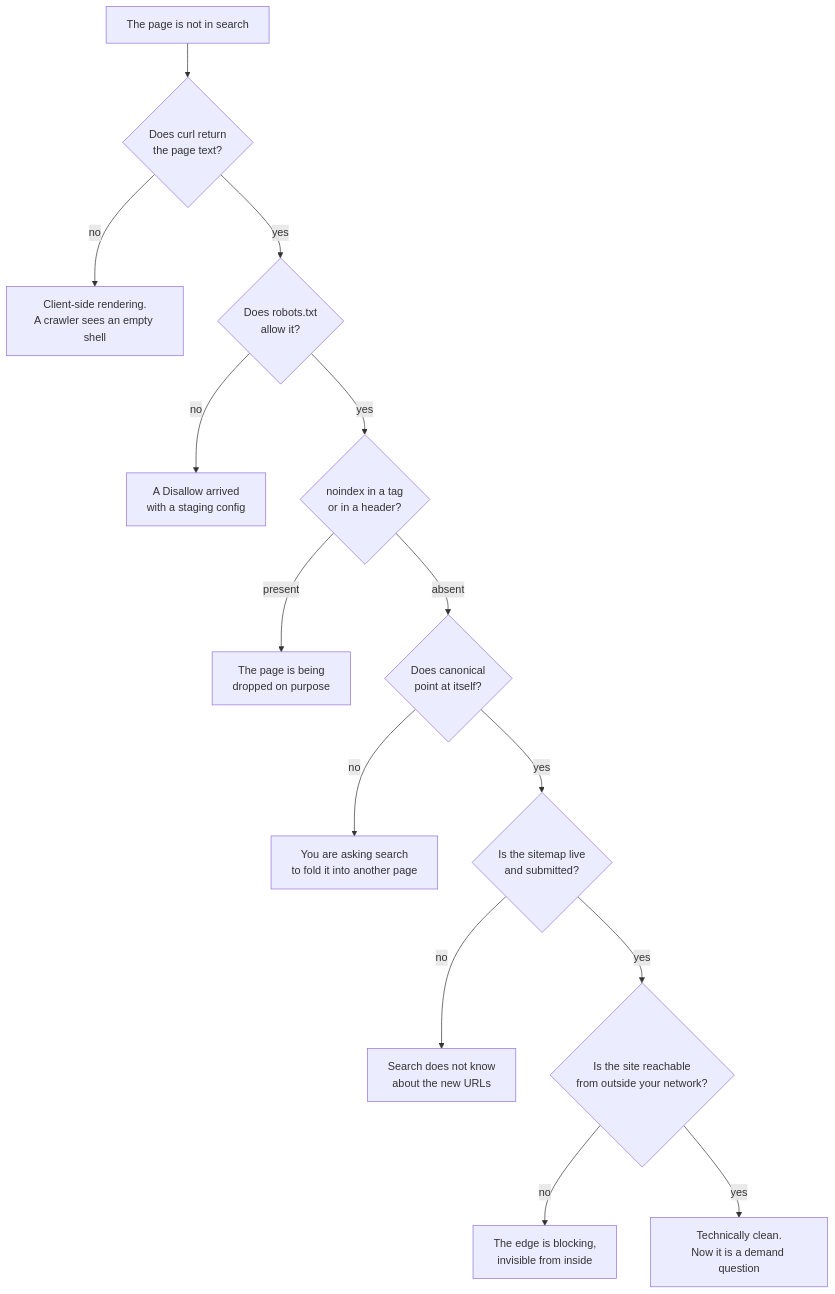
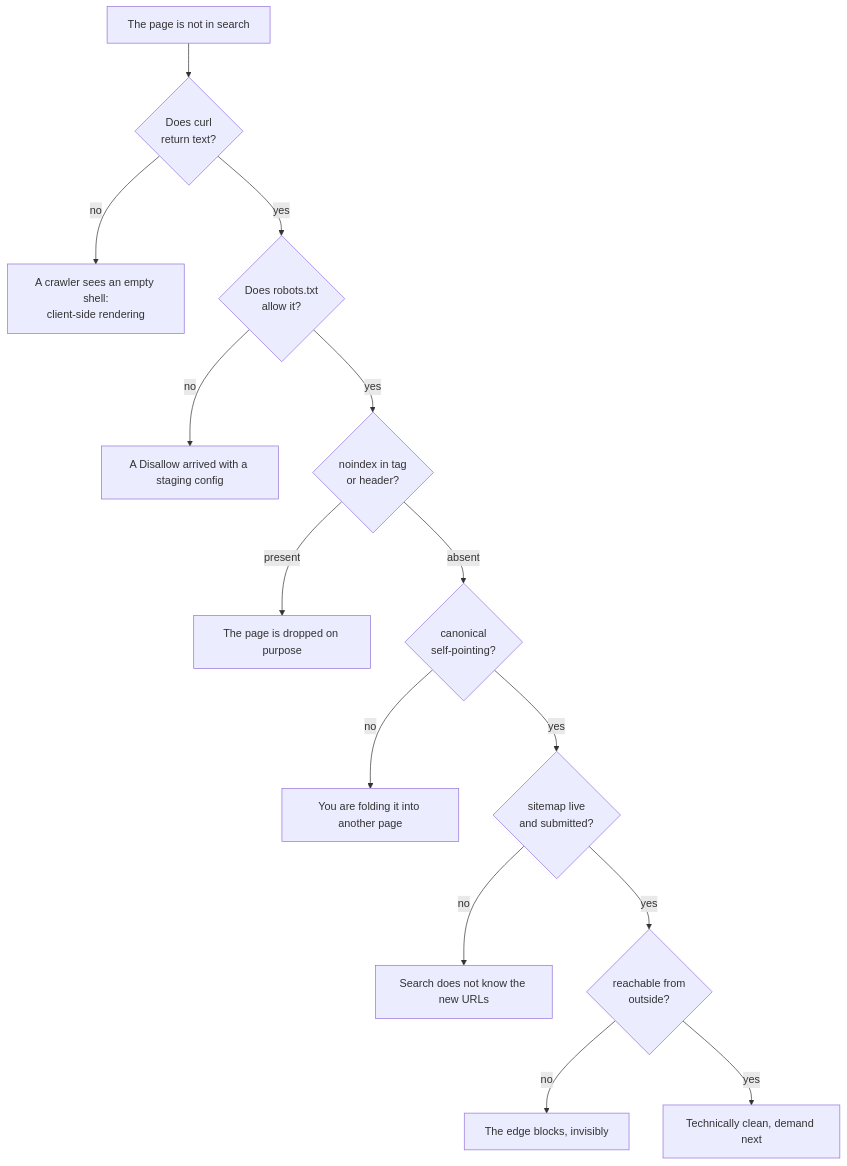
Before and after one commit to Smolevich/pet-project-atlas: the diagram in src/content/docs/indexing/why-google-does-not-see-you.md, drawn with Mermaid. The commit also changed 5 other files, not shown here.

First line of the commit message:
fix(mermaid): подписи не влезали в фигуры и обрезались

````diff
--- a/src/content/docs/indexing/why-google-does-not-see-you.md
+++ b/src/content/docs/indexing/why-google-does-not-see-you.md
@@ -27,16 +27,16 @@
 ```mermaid
 flowchart TD
-  A["The page is not in search"] --> B{"Does curl return<br/>the page text?"}
-  B -->|"no"| B1["Client-side rendering.<br/>A crawler sees an empty shell"]
+  A["The page is not in search"] --> B{"Does curl<br/>return text?"}
+  B -->|"no"| B1["A crawler sees an empty shell:<br/>client-side rendering"]
   B -->|"yes"| C{"Does robots.txt<br/>allow it?"}
-  C -->|"no"| C1["A Disallow arrived<br/>with a staging config"]
-  C -->|"yes"| D{"noindex in a tag<br/>or in a header?"}
-  D -->|"present"| D1["The page is being<br/>dropped on purpose"]
-  D -->|"absent"| E{"Does canonical<br/>point at itself?"}
-  E -->|"no"| E1["You are asking search<br/>to fold it into another page"]
-  E -->|"yes"| F{"Is the sitemap live<br/>and submitted?"}
-  F -->|"no"| F1["Search does not know<br/>about the new URLs"]
-  F -->|"yes"| G{"Is the site reachable<br/>from outside your network?"}
-  G -->|"no"| G1["The edge is blocking,<br/>invisible from inside"]
-  G -->|"yes"| H["Technically clean.<br/>Now it is a demand question"]
+  C -->|"no"| C1["A Disallow arrived with a staging config"]
+  C -->|"yes"| D{"noindex in tag<br/>or header?"}
+  D -->|"present"| D1["The page is dropped on purpose"]
+  D -->|"absent"| E{"canonical<br/>self-pointing?"}
+  E -->|"no"| E1["You are folding it into another page"]
+  E -->|"yes"| F{"sitemap live<br/>and submitted?"}
+  F -->|"no"| F1["Search does not know the new URLs"]
+  F -->|"yes"| G{"reachable from<br/>outside?"}
+  G -->|"no"| G1["The edge blocks, invisibly"]
+  G -->|"yes"| H["Technically clean, demand next"]
 ```
````
